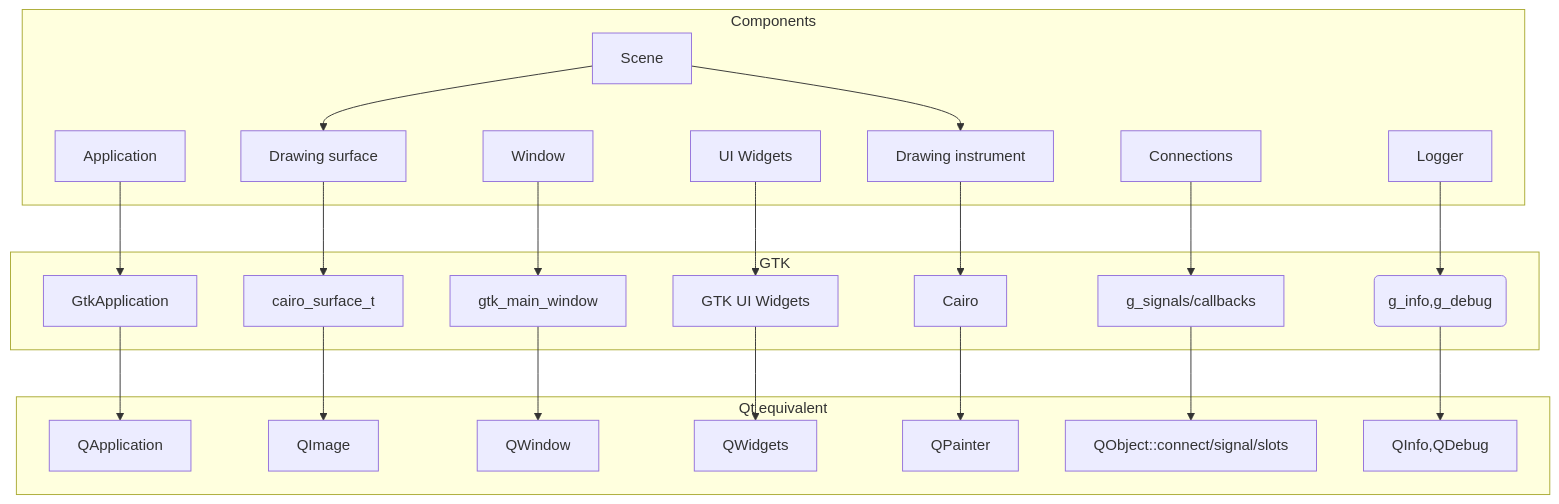
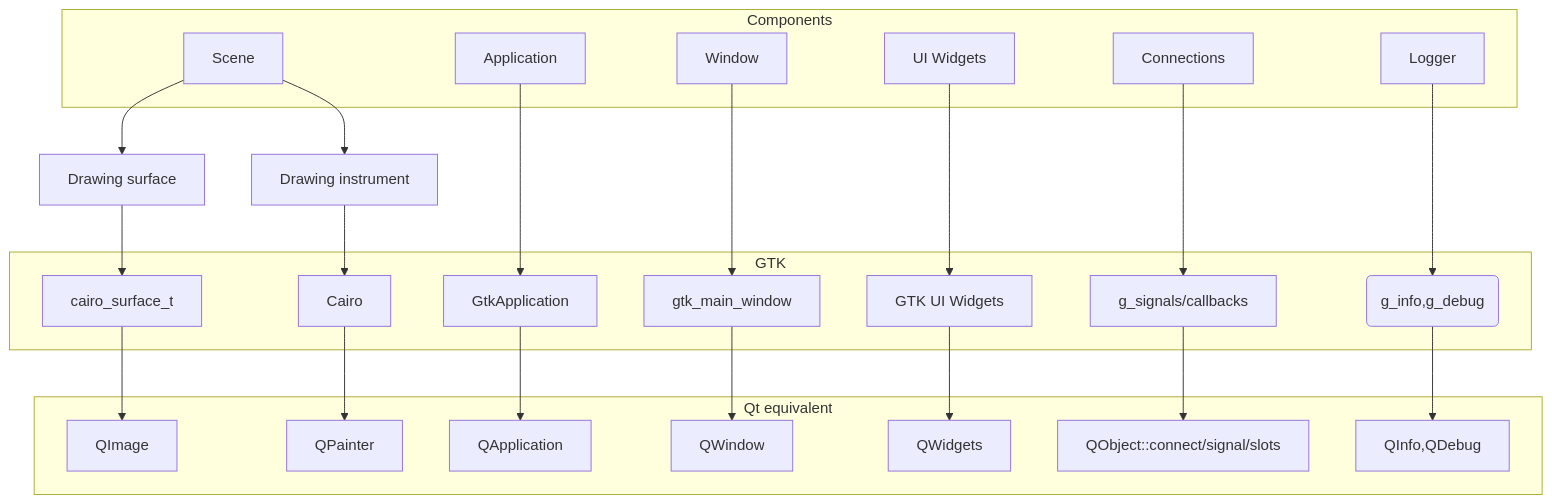
Before and after one commit to w0lek/ezgl: the first of 4 diagrams in doc/qtport.md, drawn with Mermaid. The commit also changed other lines of this file, not shown here.

Commit message:
checkpoint

````diff
--- a/doc/qtport.md
+++ b/doc/qtport.md
@@ -24,71 +14,69 @@
 ```mermaid
 flowchart TD
   %% components
   component_scene[Scene]
   component_app[Application]
   component_window[Window]
   component_draw_surface[Drawing surface]
   component_draw_instrument[Drawing instrument]
   component_ui_widgets[UI Widgets]
   component_connections[Connections]
   component_log[Logger]
 
   %% gtk
   gtk_app[GtkApplication]
   gtk_window[gtk_main_window]
   cairo_surface_t[cairo_surface_t]
   cairo[Cairo]
   gtk_ui_widgets[GTK UI Widgets]
   g_signals[g_signals/callbacks]
   g_logs(g_info,g_debug)
   
   %% qt
   qapp[QApplication]
   qimage[QImage]
   qwindow[QWindow]
   qwidgets[QWidgets]
   qpainter[QPainter]
   qconnect[QObject::connect/signal/slots]
   qlogs[QInfo,QDebug]
 
   component_app --> gtk_app --> qapp
   component_window --> gtk_window --> qwindow
   component_draw_surface --> cairo_surface_t --> qimage
   component_draw_instrument --> cairo --> qpainter
   component_scene --> component_draw_surface
   component_scene --> component_draw_instrument
   component_ui_widgets --> gtk_ui_widgets --> qwidgets
   component_connections --> g_signals --> qconnect
   component_log --> g_logs --> qlogs
 
   subgraph Component [Components]
-    component_scene[Scene]
-  component_app[Application]
-  component_window[Window]
-  component_draw_surface[Drawing surface]
-  component_draw_instrument[Drawing instrument]
-  component_ui_widgets[UI Widgets]
-  component_connections[Connections]
-  component_log[Logger]
+    component_scene
+  component_app
+  component_window
+  component_ui_widgets
+  component_connections
+  component_log
   end
   
   subgraph Gtk [GTK]
     gtk_app
     gtk_window
     cairo_surface_t
     cairo
     gtk_ui_widgets
     g_signals
     g_logs
   end
 
   subgraph Qt [Qt equivalent]
     qimage
     qapp
     qwindow
     qpainter
     qwidgets
     qconnect
     qlogs
   end
 ```
````
